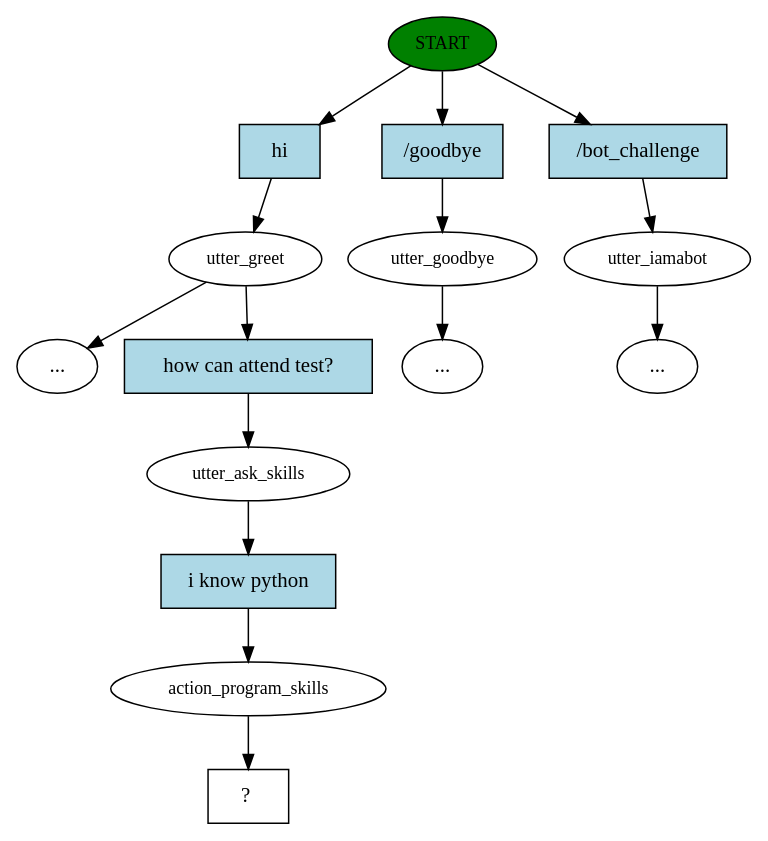
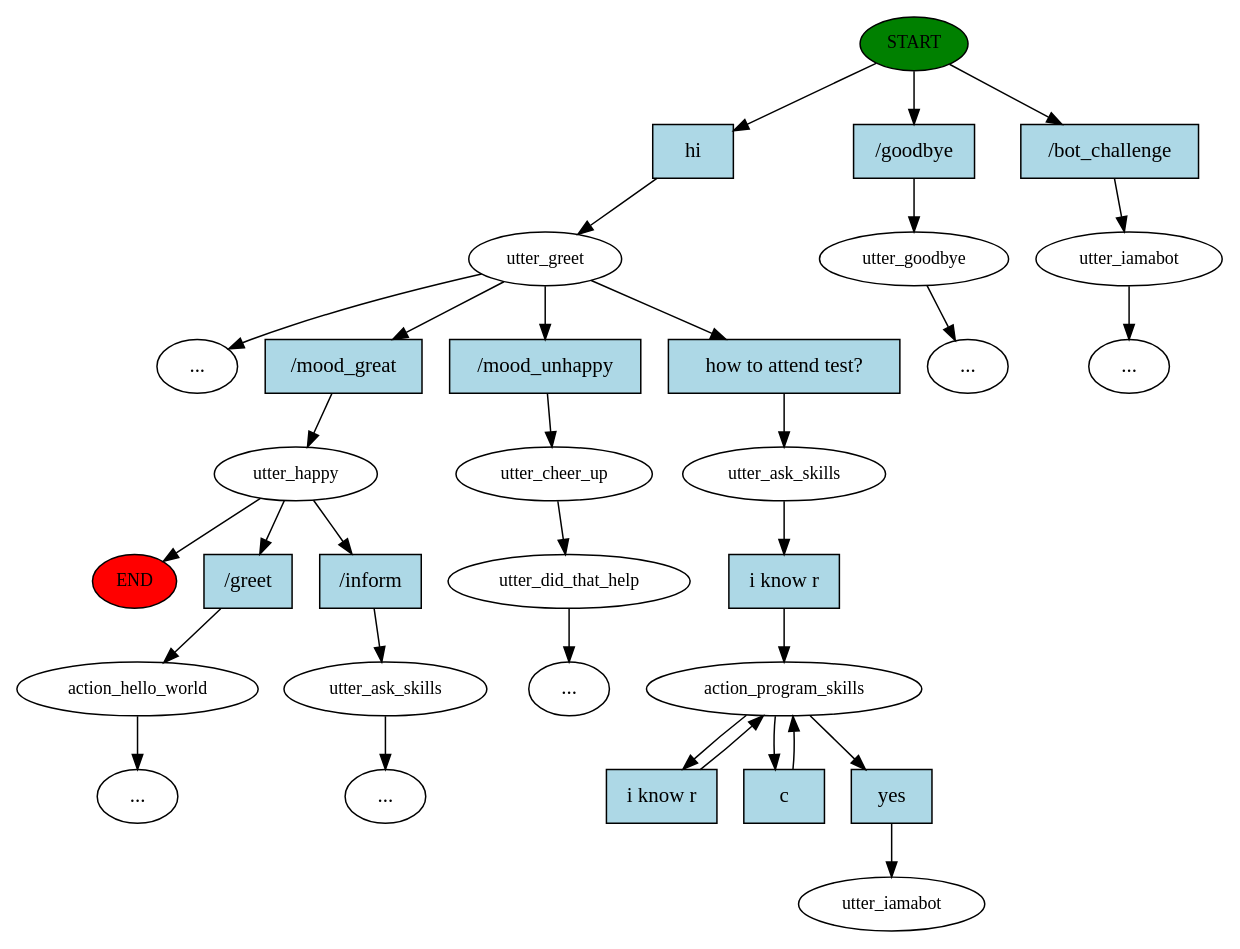
Before and after one commit to aswit3/HR-Assistant: the diagram in story_graph.dot, drawn with Graphviz. The commit also changed 9 other files, not shown here.

```diff
--- a/story_graph.dot
+++ b/story_graph.dot
@@ -1,31 +1,65 @@
 digraph  {
 0 [class="start active", fillcolor=green, fontsize=12, label=START, style=filled];
+"-1" [class=end, fillcolor=red, fontsize=12, label=END, style=filled];
 1 [class=active, fontsize=12, label=utter_greet];
-4 [class="", fontsize=12, label=utter_goodbye];
+2 [class="", fontsize=12, label=utter_happy];
+4 [class="", fontsize=12, label=utter_cheer_up];
+5 [class="", fontsize=12, label=utter_did_that_help];
+"-4" [class=ellipsis, label="..."];
+9 [class="", fontsize=12, label=utter_goodbye];
+"-5" [class=ellipsis, label="..."];
+10 [class="", fontsize=12, label=utter_iamabot];
 "-6" [class=ellipsis, label="..."];
-5 [class="", fontsize=12, label=utter_iamabot];
+13 [class="", fontsize=12, label=action_hello_world];
 "-7" [class=ellipsis, label="..."];
+16 [class="", fontsize=12, label=utter_ask_skills];
 "-9" [class=ellipsis, label="..."];
-9 [class=active, fontsize=12, label=utter_ask_skills];
-10 [class=active, fontsize=12, label=action_program_skills];
-11 [class="intent dashed active", label="  ?  ", shape=rect];
-12 [class="intent active", fillcolor=lightblue, label=hi, shape=rect, style=filled];
-13 [class=intent, fillcolor=lightblue, label="/goodbye", shape=rect, style=filled];
-14 [class=intent, fillcolor=lightblue, label="/bot_challenge", shape=rect, style=filled];
-15 [class="intent active", fillcolor=lightblue, label="how can attend test?", shape=rect, style=filled];
-16 [class="intent active", fillcolor=lightblue, label="i know python", shape=rect, style=filled];
-0 -> 12  [class=active, key=0];
-0 -> 13  [class="", key=0];
-0 -> 14  [class="", key=0];
+"-11" [class=ellipsis, label="..."];
+25 [class=active, fontsize=12, label=utter_ask_skills];
+26 [class=active, fontsize=12, label=action_program_skills];
+39 [class="dashed active", fontsize=12, label=utter_iamabot];
+40 [class="intent active", fillcolor=lightblue, label=hi, shape=rect, style=filled];
+41 [class=intent, fillcolor=lightblue, label="/goodbye", shape=rect, style=filled];
+42 [class=intent, fillcolor=lightblue, label="/bot_challenge", shape=rect, style=filled];
+43 [class=intent, fillcolor=lightblue, label="/mood_great", shape=rect, style=filled];
+44 [class=intent, fillcolor=lightblue, label="/mood_unhappy", shape=rect, style=filled];
+45 [class="intent active", fillcolor=lightblue, label="how to attend test?", shape=rect, style=filled];
+46 [class=intent, fillcolor=lightblue, label="/greet", shape=rect, style=filled];
+47 [class=intent, fillcolor=lightblue, label="/inform", shape=rect, style=filled];
+48 [class="intent active", fillcolor=lightblue, label="i know r", shape=rect, style=filled];
+49 [class="intent active", fillcolor=lightblue, label="i know r", shape=rect, style=filled];
+50 [class="intent active", fillcolor=lightblue, label=c, shape=rect, style=filled];
+51 [class="intent active", fillcolor=lightblue, label=yes, shape=rect, style=filled];
+0 -> 40  [class=active, key=0];
+0 -> 41  [class="", key=0];
+0 -> 42  [class="", key=0];
 1 -> "-9"  [class="", key=NONE, label=""];
-1 -> 15  [class=active, key=0];
-4 -> "-6"  [class="", key=NONE, label=""];
-5 -> "-7"  [class="", key=NONE, label=""];
-9 -> 16  [class=active, key=0];
-10 -> 11  [class=active, key=NONE, label=""];
-12 -> 1  [class=active, key=0];
-13 -> 4  [class="", key=0];
-14 -> 5  [class="", key=0];
-15 -> 9  [class=active, key=0];
-16 -> 10  [class=active, key=0];
+1 -> 43  [class="", key=0];
+1 -> 44  [class="", key=0];
+1 -> 45  [class=active, key=0];
+2 -> "-1"  [class="", key=NONE, label=""];
+2 -> 46  [class="", key=0];
+2 -> 47  [class="", key=0];
+4 -> 5  [class="", key=NONE, label=""];
+5 -> "-4"  [class="", key=NONE, label=""];
+9 -> "-5"  [class="", key=NONE, label=""];
+10 -> "-6"  [class="", key=NONE, label=""];
+13 -> "-7"  [class="", key=NONE, label=""];
+16 -> "-11"  [class="", key=NONE, label=""];
+25 -> 48  [class=active, key=0];
+26 -> 49  [class=active, key=0];
+26 -> 50  [class=active, key=0];
+26 -> 51  [class=active, key=0];
+40 -> 1  [class=active, key=0];
+41 -> 9  [class="", key=0];
+42 -> 10  [class="", key=0];
+43 -> 2  [class="", key=0];
+44 -> 4  [class="", key=0];
+45 -> 25  [class=active, key=0];
+46 -> 13  [class="", key=0];
+47 -> 16  [class="", key=0];
+48 -> 26  [class=active, key=0];
+49 -> 26  [class=active, key=0];
+50 -> 26  [class=active, key=0];
+51 -> 39  [class=active, key=0];
 }
```
